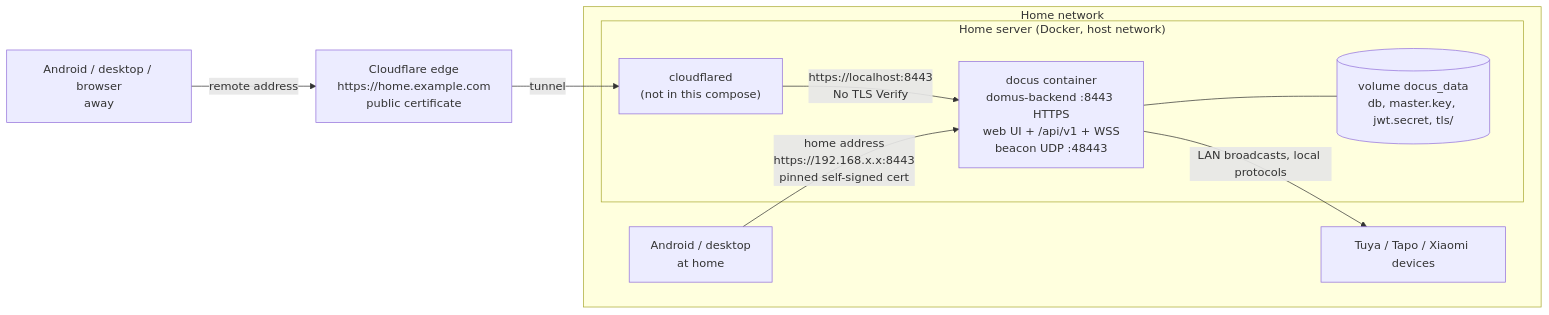
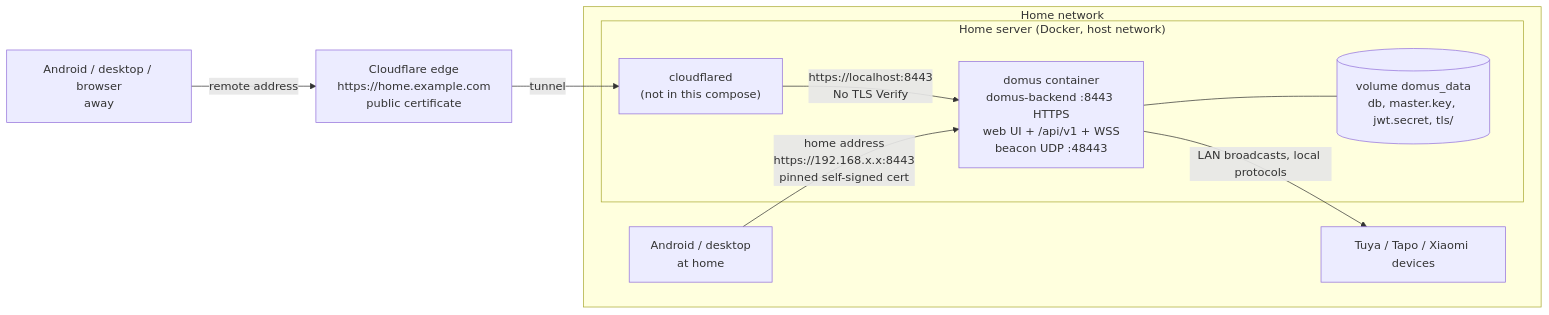
Before and after one commit to aiyu-ayaan/Domus: the first of 3 diagrams in development/docs/DEPLOYMENT.md, drawn with Mermaid. The commit also changed other lines of this file and 72 other files, not shown here.

First line of the commit message:
rename(Domus) : Rename the app from Docus to Domus everywhere

````diff
--- a/development/docs/DEPLOYMENT.md
+++ b/development/docs/DEPLOYMENT.md
@@ -8,17 +8,17 @@
 ```mermaid
 flowchart LR
     subgraph Home network
         subgraph Host["Home server (Docker, host network)"]
-            D["docus container<br/>domus-backend :8443 HTTPS<br/>web UI + /api/v1 + WSS<br/>beacon UDP :48443"]
-            V[("volume docus_data<br/>db, master.key, jwt.secret, tls/")]
+            D["domus container<br/>domus-backend :8443 HTTPS<br/>web UI + /api/v1 + WSS<br/>beacon UDP :48443"]
+            V[("volume domus_data<br/>db, master.key, jwt.secret, tls/")]
             CF["cloudflared<br/>(not in this compose)"]
             D --- V
             CF -- "https://localhost:8443<br/>No TLS Verify" --> D
         end
         DEV["Tuya / Tapo / Xiaomi devices"]
         D -- "LAN broadcasts, local protocols" --> DEV
         A1["Android / desktop<br/>at home"] -- "home address<br/>https://192.168.x.x:8443<br/>pinned self-signed cert" --> D
     end
     EDGE["Cloudflare edge<br/>https://home.example.com<br/>public certificate"] -- tunnel --> CF
     A2["Android / desktop / browser<br/>away"] -- "remote address" --> EDGE
 ```
````
